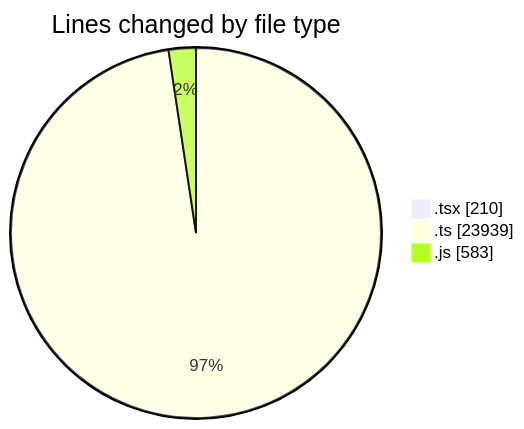
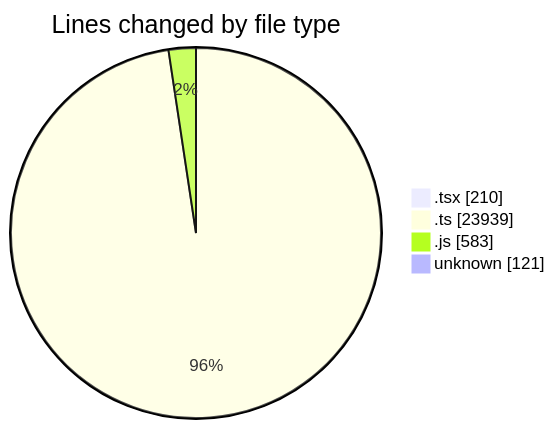
Before and after one commit to momahboobian/code-tracking: the first of 2 diagrams in 2026-06-01/cda/README.md, drawn with Mermaid. The commit also changed other lines of this file and 1 other file, not shown here.

````diff
--- a/2026-06-01/cda/README.md
+++ b/2026-06-01/cda/README.md
@@ -43,7 +44,8 @@
 ```mermaid
 pie showData
 title Lines changed by file type
 ".tsx" : 210
 ".ts" : 23939
 ".js" : 583
+"unknown" : 121
 ```
````
